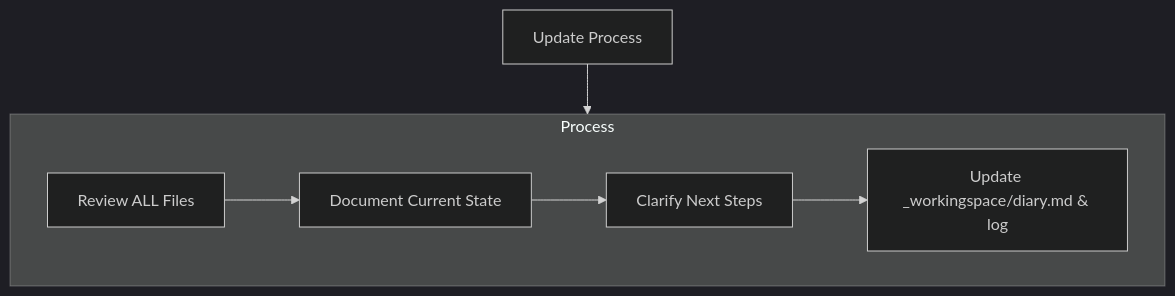
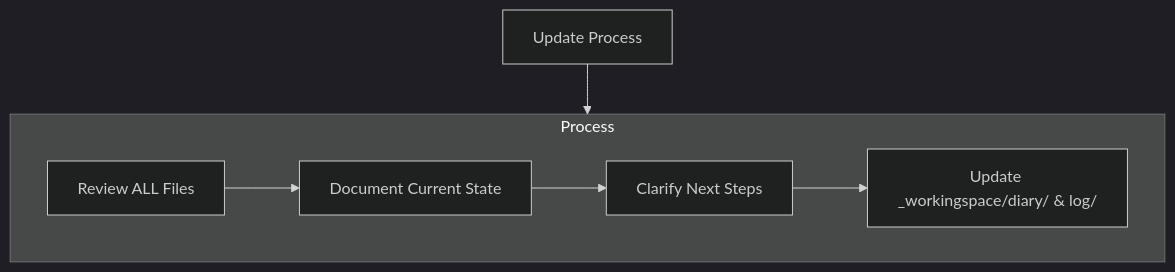
The sixth of 6 diagrams in .rulesync/rules/overview.md (kavao/monogatari-coach), drawn with Mermaid (dark theme) before and after one commit. The commit also changed other lines of this file and 29 other files, not shown here.

````diff
--- a/.rulesync/rules/overview.md
+++ b/.rulesync/rules/overview.md
@@ -444,15 +502,15 @@
 ```mermaid
 flowchart TD
     Start[Update Process]
     
     subgraph Process
         P1[Review ALL Files]
         P2[Document Current State]
         P3[Clarify Next Steps]
-        P4[Update _workingspace/diary.md & log]
+        P4[Update _workingspace/diary/ & log/]
         
         P1 --> P2 --> P3 --> P4
     end
     
     Start --> Process
 ```
````
